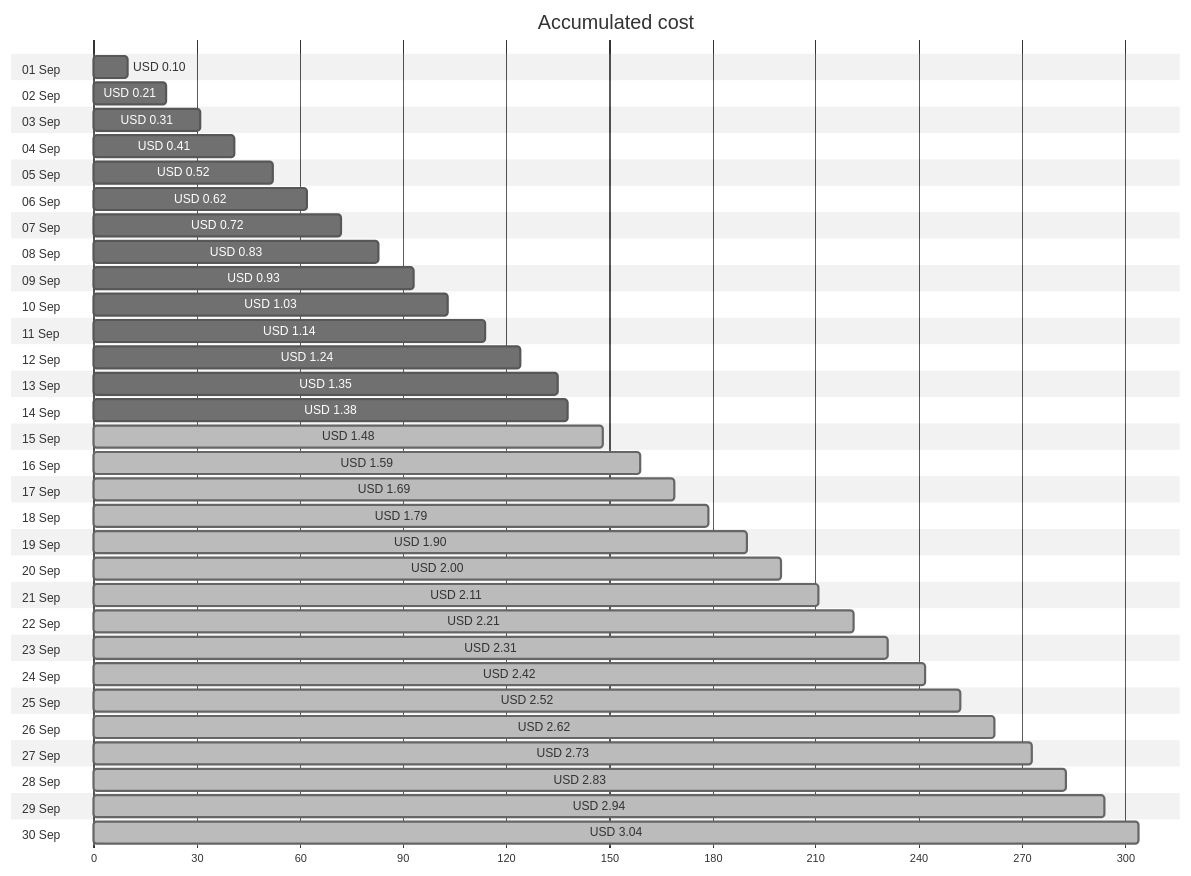
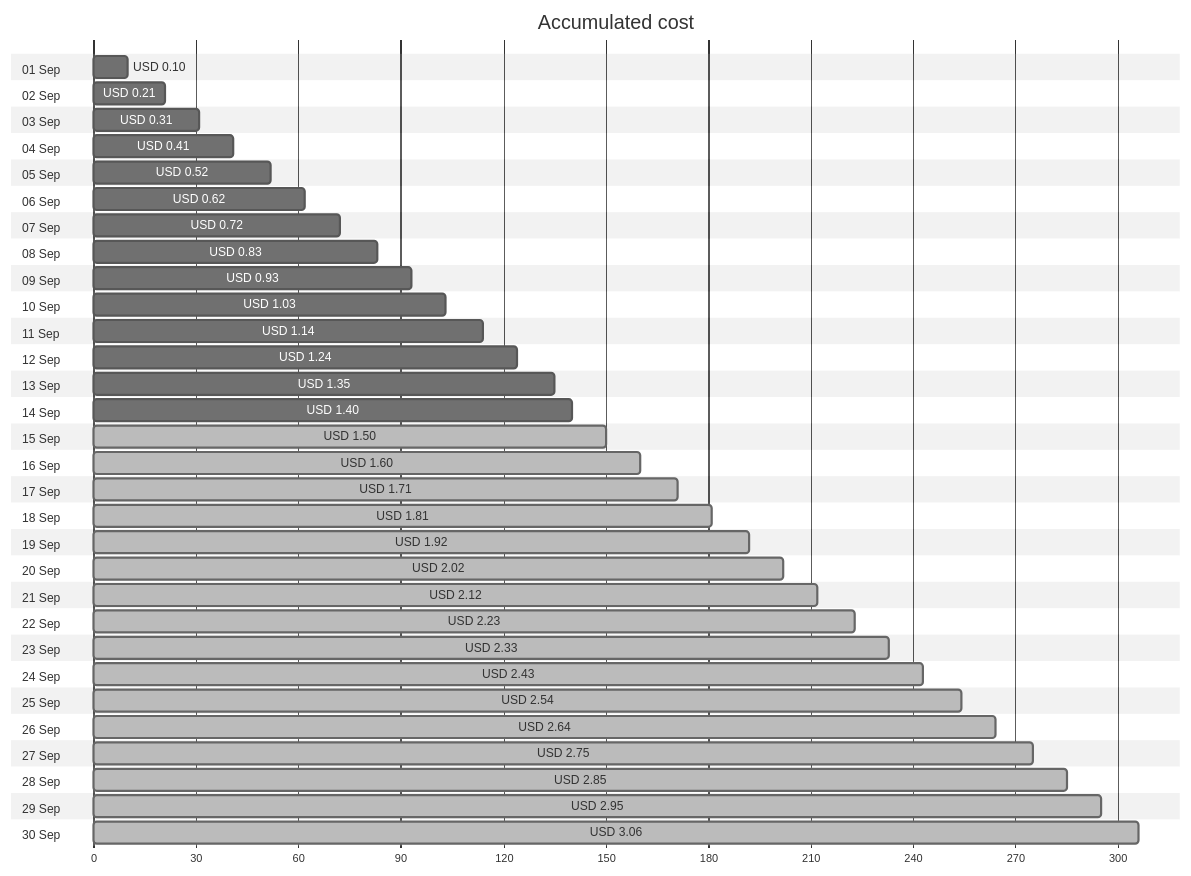
The first of 4 diagrams in cost-reports/personal-network/ubuntu-vpn-server-spot_OsDisk.md (jpfulton/azure-personal-reports), drawn with Mermaid (neutral theme) before and after one commit. The commit also changed other lines of this file and 34 other files, not shown here.

````diff
--- a/cost-reports/personal-network/ubuntu-vpn-server-spot_OsDisk.md
+++ b/cost-reports/personal-network/ubuntu-vpn-server-spot_OsDisk.md
@@ -20,66 +20,66 @@
 ```mermaid
 gantt
    title Accumulated cost
    dateFormat  X
    axisFormat %s
    section 01 Sep
    USD 0.10 :0, 10
    section 02 Sep
    USD 0.21 :0, 21
    section 03 Sep
    USD 0.31 :0, 31
    section 04 Sep
    USD 0.41 :0, 41
    section 05 Sep
    USD 0.52 :0, 52
    section 06 Sep
    USD 0.62 :0, 62
    section 07 Sep
    USD 0.72 :0, 72
    section 08 Sep
    USD 0.83 :0, 83
    section 09 Sep
    USD 0.93 :0, 93
    section 10 Sep
    USD 1.03 :0, 103
    section 11 Sep
    USD 1.14 :0, 114
    section 12 Sep
    USD 1.24 :0, 124
    section 13 Sep
    USD 1.35 :0, 135
    section 14 Sep
-   USD 1.38 :0, 138
+   USD 1.40 :0, 140
    section 15 Sep
-   USD 1.48 : done, 0, 148
+   USD 1.50 : done, 0, 150
    section 16 Sep
-   USD 1.59 : done, 0, 159
+   USD 1.60 : done, 0, 160
    section 17 Sep
-   USD 1.69 : done, 0, 169
+   USD 1.71 : done, 0, 171
    section 18 Sep
-   USD 1.79 : done, 0, 179
+   USD 1.81 : done, 0, 181
    section 19 Sep
-   USD 1.90 : done, 0, 190
+   USD 1.92 : done, 0, 192
    section 20 Sep
-   USD 2.00 : done, 0, 200
+   USD 2.02 : done, 0, 202
    section 21 Sep
-   USD 2.11 : done, 0, 211
+   USD 2.12 : done, 0, 212
    section 22 Sep
-   USD 2.21 : done, 0, 221
+   USD 2.23 : done, 0, 223
    section 23 Sep
-   USD 2.31 : done, 0, 231
+   USD 2.33 : done, 0, 233
    section 24 Sep
-   USD 2.42 : done, 0, 242
+   USD 2.43 : done, 0, 243
    section 25 Sep
-   USD 2.52 : done, 0, 252
+   USD 2.54 : done, 0, 254
    section 26 Sep
-   USD 2.62 : done, 0, 262
+   USD 2.64 : done, 0, 264
    section 27 Sep
-   USD 2.73 : done, 0, 273
+   USD 2.75 : done, 0, 275
    section 28 Sep
-   USD 2.83 : done, 0, 283
+   USD 2.85 : done, 0, 285
    section 29 Sep
-   USD 2.94 : done, 0, 294
+   USD 2.95 : done, 0, 295
    section 30 Sep
-   USD 3.04 : done, 0, 304
+   USD 3.06 : done, 0, 306
 ```
````
